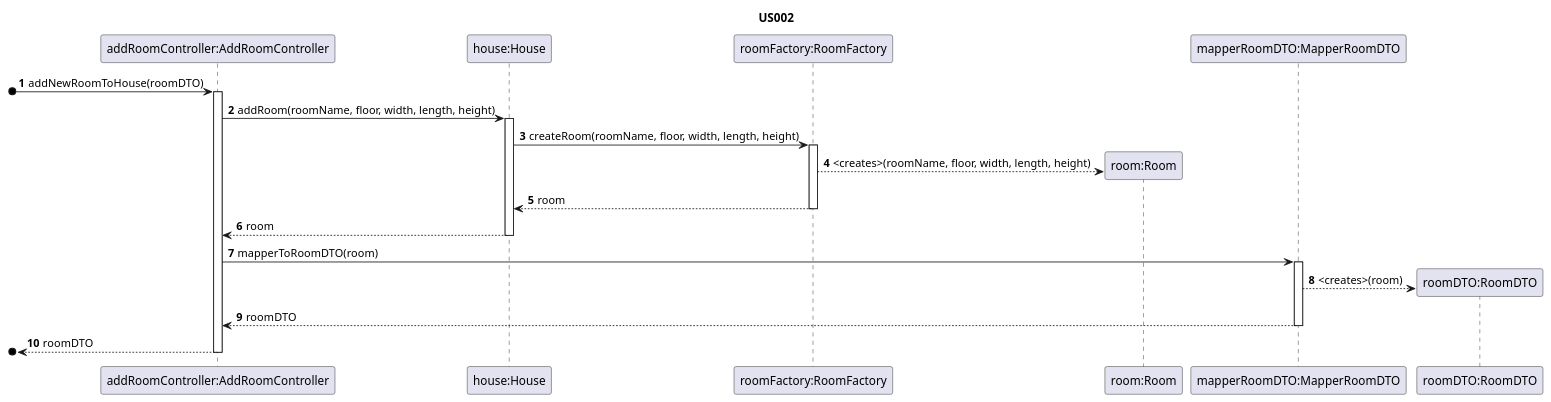
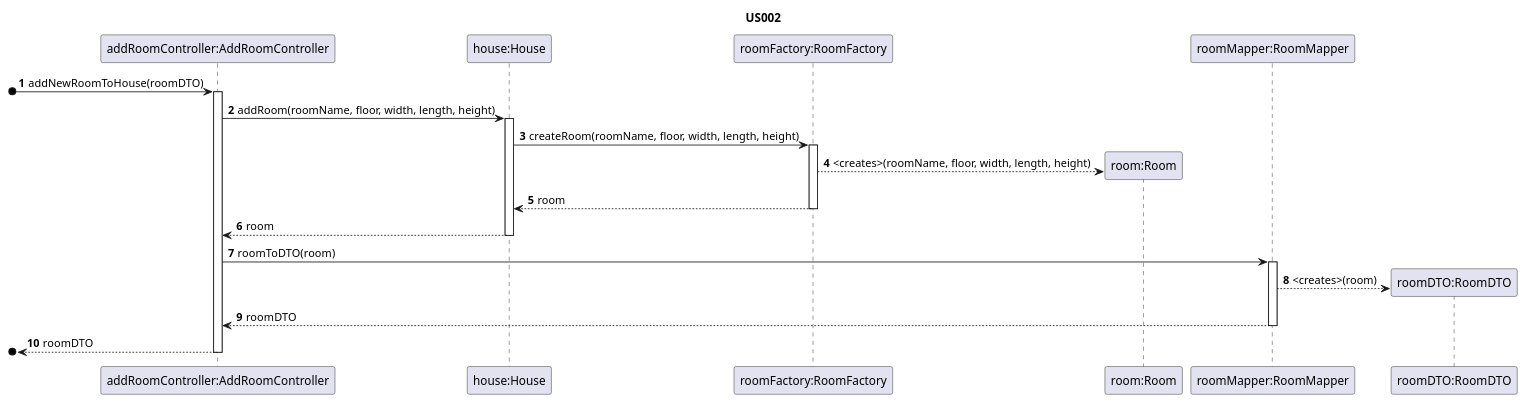
The diagram in projetoIntermedio/docs/sequence/UserStory002.puml (ozepedrorodrigues/projetoIntermedio), drawn with PlantUML before and after one commit. The commit also changed 18 other files, not shown here.

```diff
--- a/projetoIntermedio/docs/sequence/UserStory002.puml
+++ b/projetoIntermedio/docs/sequence/UserStory002.puml
@@ -1,40 +1,40 @@
 @startuml
 
 
 autonumber
 
 title US002
 
 /'As an Administrator, I want to add a new room to the house, in order to
   configure it (name, house floor and dimensions).'/
 
 participant "addRoomController:AddRoomController" as ARC
 participant "house:House" as H
 participant "roomFactory:RoomFactory" as RF
 participant "room:Room" as R
-participant "mapperRoomDTO:MapperRoomDTO" as M
+participant "roomMapper:RoomMapper" as M
 participant "roomDTO:RoomDTO" as DTO
 
 [o-> ARC: addNewRoomToHouse(roomDTO)
 activate ARC
 ARC -> H: addRoom(roomName, floor, width, length, height)
 activate H
 H -> RF: createRoom(roomName, floor, width, length, height)
 activate RF
 RF --> R**: <creates>(roomName, floor, width, length, height)
 H <-- RF: room
 deactivate RF
 H --> ARC: room
 deactivate H
-ARC -> M: mapperToRoomDTO(room)
+ARC -> M: roomToDTO(room)
 activate M
 M --> DTO**: <creates>(room)
 M --> ARC: roomDTO
 deactivate M
 [o<--ARC: roomDTO
 deactivate ARC
 
 
 
 
 @enduml
```
